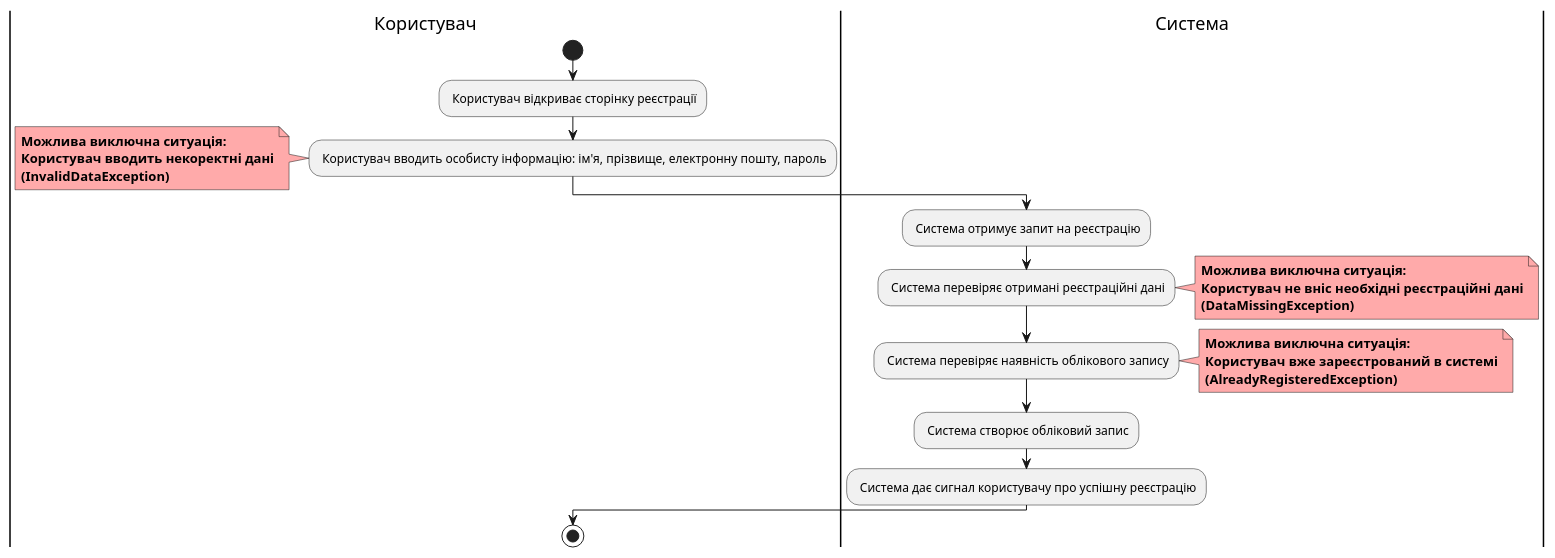
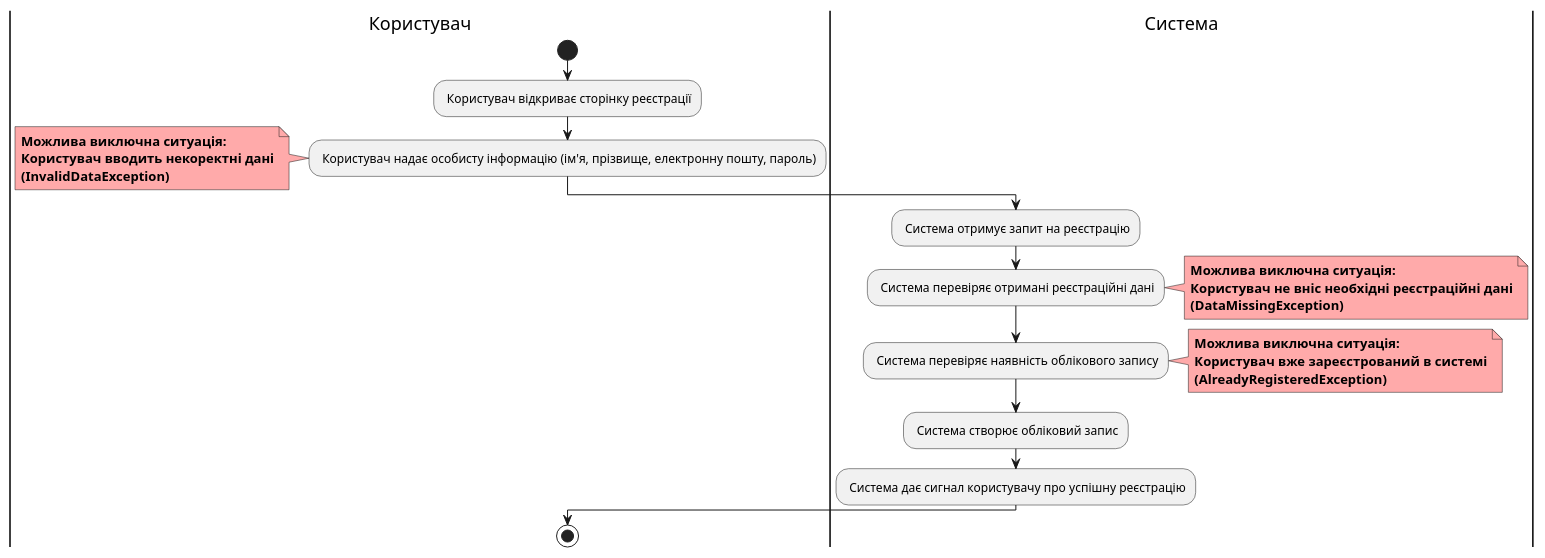
The fifth of 12 diagrams in docs/use cases/README.md (semenyaka08/media-content-api), drawn with PlantUML before and after one commit. The commit also changed other lines of this file, not shown here.

Commit message:
Change unregistered user diagrams

```diff
--- a/docs/use cases/README.md
+++ b/docs/use cases/README.md
@@ -153,33 +153,33 @@
 @startuml
 
 |Користувач| 
 start
 : Користувач відкриває сторінку реєстрації;
-: Користувач вводить особисту інформацію: ім'я, прізвище, електронну пошту, пароль;
+: Користувач надає особисту інформацію (ім'я, прізвище, електронну пошту, пароль);
 note left #ffaaaa
     <b>Можлива виключна ситуація:</b>
     <b>Користувач вводить некоректні дані</b>
     <b>(InvalidDataException)</b>
 end note
 
 |Система|
 : Система отримує запит на реєстрацію;
 : Система перевіряє отримані реєстраційні дані;
 note right #ffaaaa
     <b>Можлива виключна ситуація:</b>
     <b>Користувач не вніс необхідні реєстраційні дані</b>
     <b>(DataMissingException)</b>
 end note
 : Система перевіряє наявність облікового запису;
 note right #ffaaaa
     <b>Можлива виключна ситуація:</b>
     <b>Користувач вже зареєстрований в системі</b>
     <b>(AlreadyRegisteredException)</b>
 end note
 : Система створює обліковий запис;
 : Система дає сигнал користувачу про успішну реєстрацію;
 
 |Користувач| 
 stop
 
 @enduml
```
